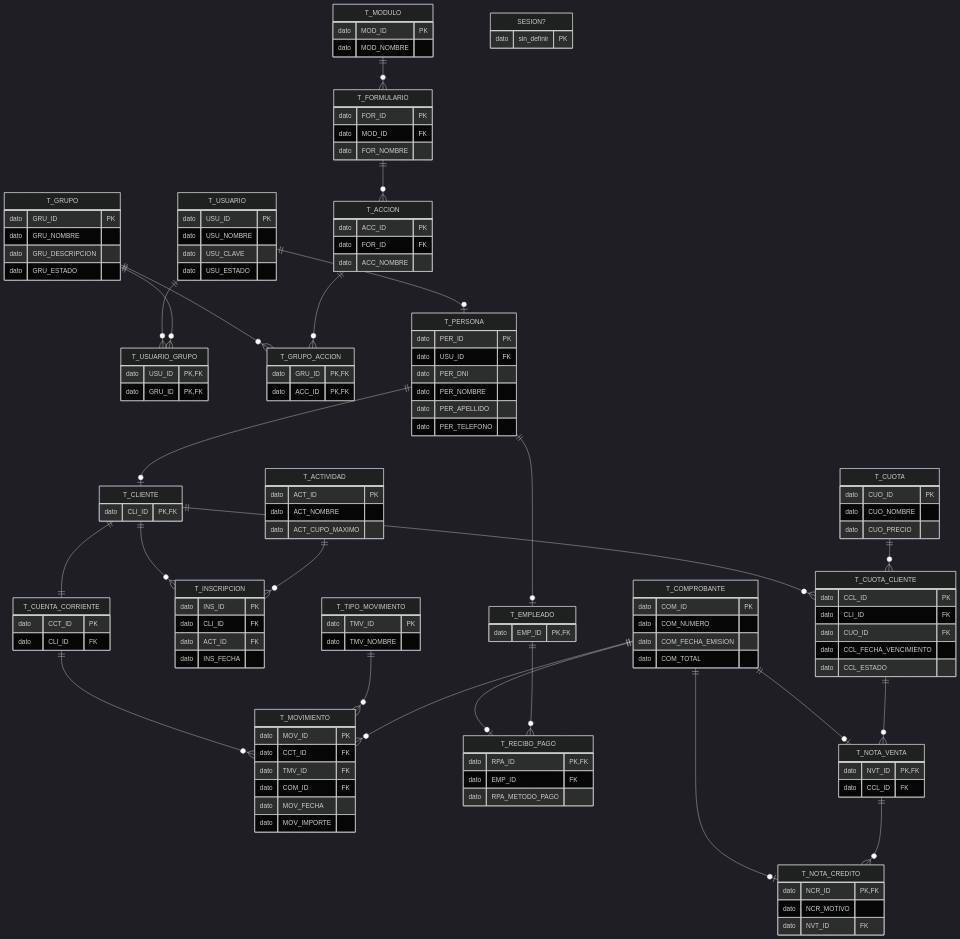
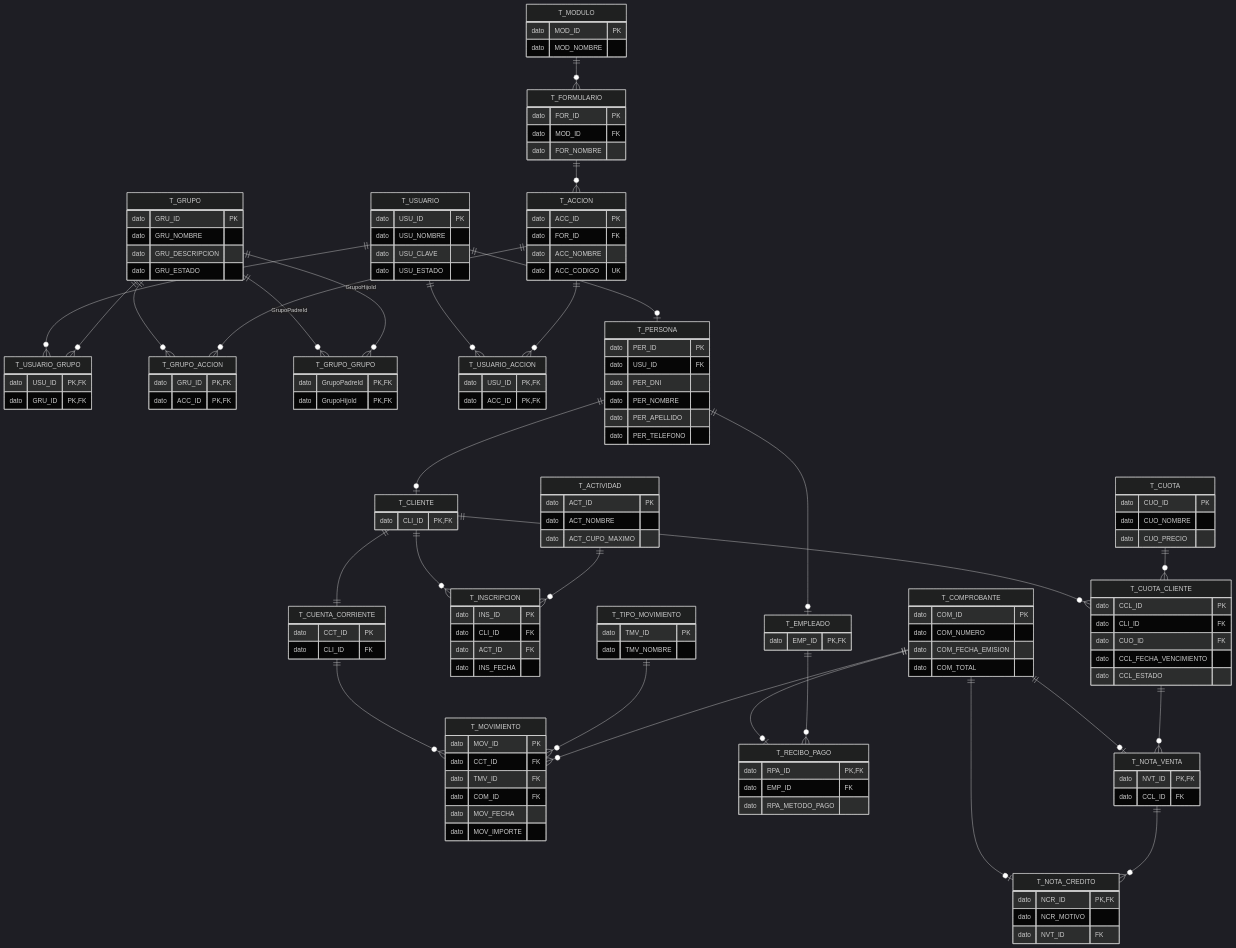
The third of 3 diagrams in super_diagrama_mermaid_2026.md (brunopignani/GymFlow), drawn with Mermaid (dark theme) before and after one commit. The commit also changed other lines of this file and 78 other files, not shown here.

```diff
--- a/super_diagrama_mermaid_2026.md
+++ b/super_diagrama_mermaid_2026.md
@@ -505,10 +495,21 @@
         dato ACC_ID PK
         dato FOR_ID FK
         dato ACC_NOMBRE
+        dato ACC_CODIGO UK
     }
 
     T_GRUPO_ACCION {
         dato GRU_ID PK, FK
+        dato ACC_ID PK, FK
+    }
+
+    T_GRUPO_GRUPO {
+        dato GrupoPadreId PK, FK
+        dato GrupoHijoId PK, FK
+    }
+
+    T_USUARIO_ACCION {
+        dato USU_ID PK, FK
         dato ACC_ID PK, FK
     }
 
@@ -599,15 +600,15 @@
         dato NVT_ID FK
     }
 
-    "SESION?" {
-        dato sin_definir PK
-    }
-
     %% Relaciones Seguridad y Permisos
     T_USUARIO ||--o{ T_USUARIO_GRUPO : ""
     T_GRUPO ||--o{ T_USUARIO_GRUPO : ""
+    T_USUARIO ||--o{ T_USUARIO_ACCION : ""
+    T_ACCION ||--o{ T_USUARIO_ACCION : ""
     T_GRUPO ||--o{ T_GRUPO_ACCION : ""
     T_ACCION ||--o{ T_GRUPO_ACCION : ""
+    T_GRUPO ||--o{ T_GRUPO_GRUPO : "GrupoPadreId"
+    T_GRUPO ||--o{ T_GRUPO_GRUPO : "GrupoHijoId"
     T_MODULO ||--o{ T_FORMULARIO : ""
     T_FORMULARIO ||--o{ T_ACCION : ""
 
```
